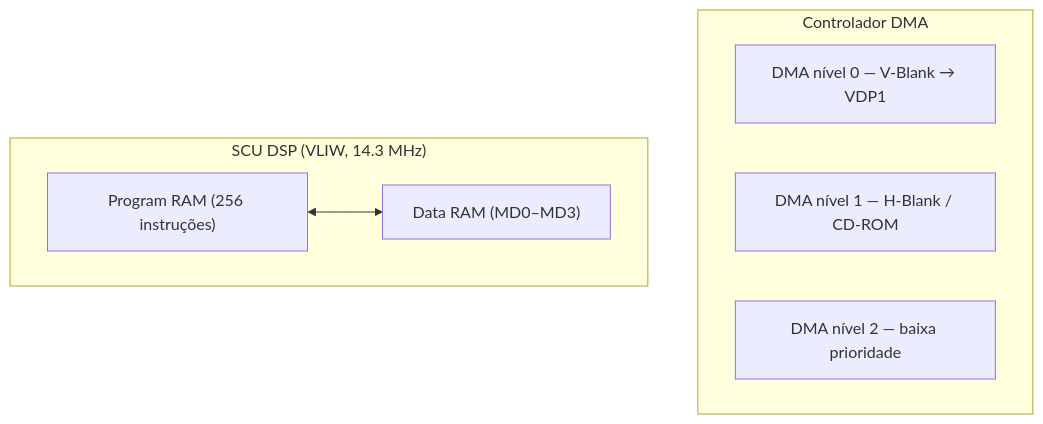
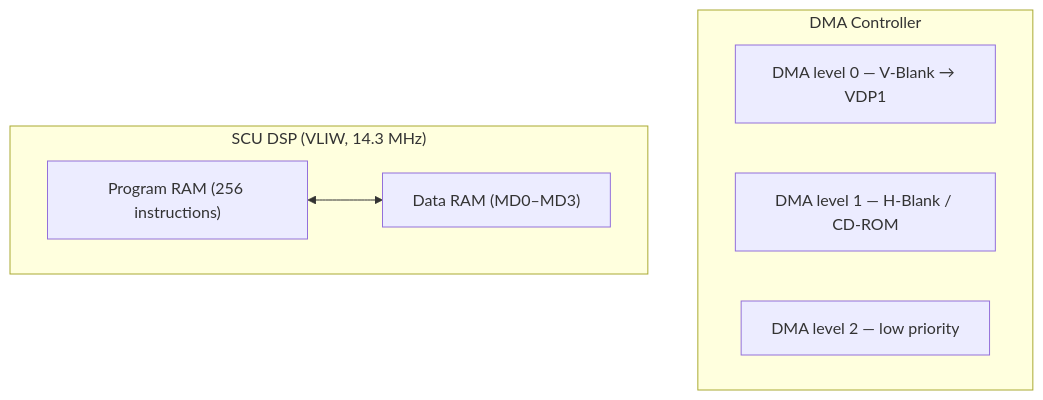
The seventh of 16 diagrams in docs/first_architectural_draft.md (jhonatanTeixeira/mimas-saturn-emulator), drawn with Mermaid before and after one commit. The commit also changed other lines of this file and 2 other files, not shown here.

First line of the commit message:
Translate architecture planning docs to English

````diff
--- a/docs/first_architectural_draft.md
+++ b/docs/first_architectural_draft.md
@@ -110,11 +110,11 @@
 ```mermaid
 graph TD
-    subgraph DMA["Controlador DMA"]
-    D0["DMA nível 0 — V-Blank → VDP1"]
-    D1["DMA nível 1 — H-Blank / CD-ROM"]
-    D2["DMA nível 2 — baixa prioridade"]
+    subgraph DMA["DMA Controller"]
+    D0["DMA level 0 — V-Blank → VDP1"]
+    D1["DMA level 1 — H-Blank / CD-ROM"]
+    D2["DMA level 2 — low priority"]
     end
     subgraph DSP["SCU DSP (VLIW, 14.3 MHz)"]
-    PR["Program RAM (256 instruções)"] <--> DR["Data RAM (MD0–MD3)"]
+    PR["Program RAM (256 instructions)"] <--> DR["Data RAM (MD0–MD3)"]
     end
 ```
````
